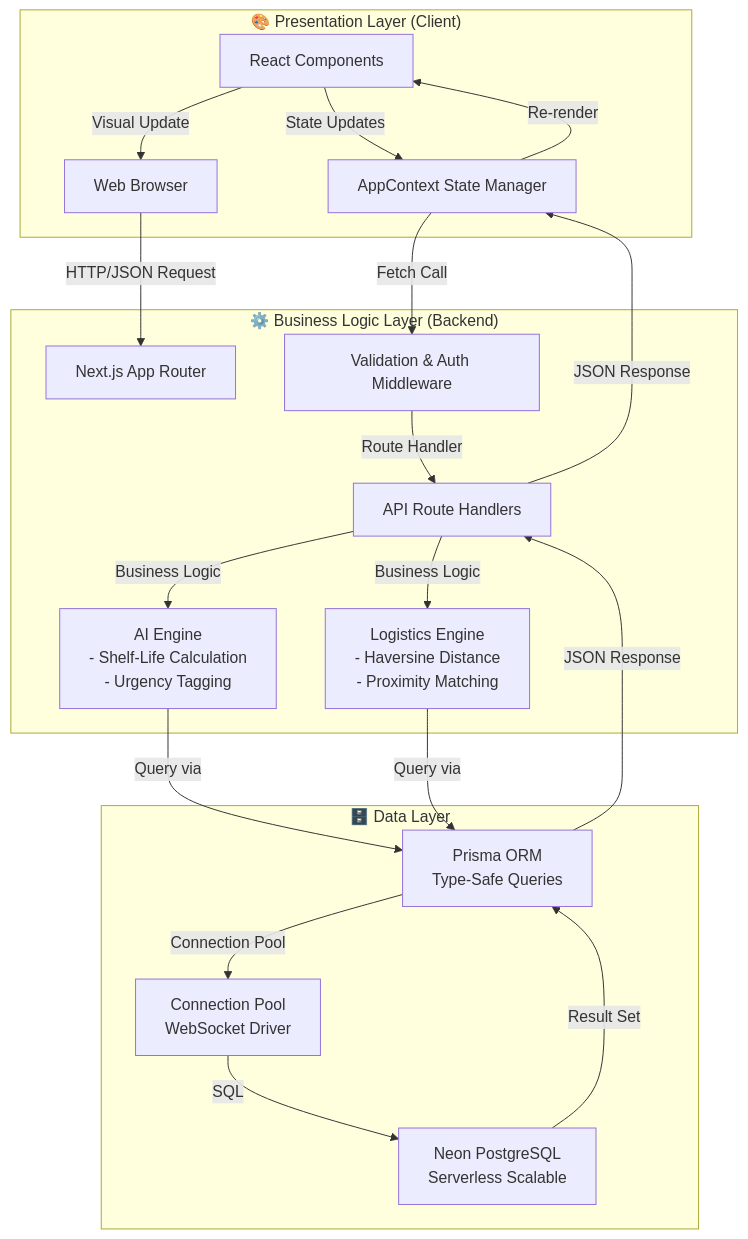
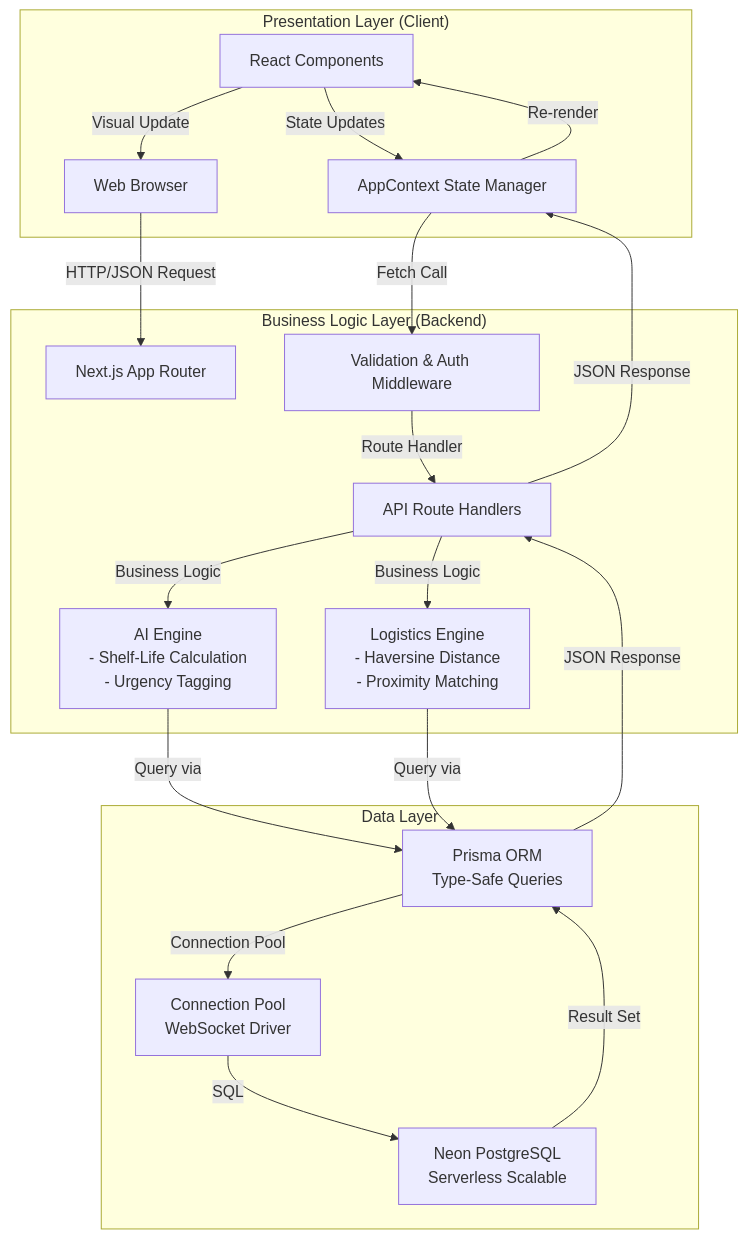
One commit to GOURAVSINGH2002/feedlink changed the first of 2 diagrams in README.md. Above: the diagram before and after it, drawn with Mermaid. The commit also changed other lines of this file, not shown here.

````diff
--- a/README.md
+++ b/README.md
@@ -17,38 +17,38 @@
 ```mermaid
 graph TB
-    subgraph Presentation["🎨 Presentation Layer (Client)"]
+    subgraph Presentation[" Presentation Layer (Client)"]
         Web["Web Browser"]
         App["React Components"]
         State["AppContext State Manager"]
     end
 
-    subgraph Business["⚙️ Business Logic Layer (Backend)"]
+    subgraph Business[" Business Logic Layer (Backend)"]
         Router["Next.js App Router"]
         API["API Route Handlers"]
         Middleware["Validation & Auth Middleware"]
         AI["AI Engine<br/>- Shelf-Life Calculation<br/>- Urgency Tagging"]
         Logistics["Logistics Engine<br/>- Haversine Distance<br/>- Proximity Matching"]
     end
 
-    subgraph Data["🗄️ Data Layer"]
+    subgraph Data[" Data Layer"]
         Prisma["Prisma ORM<br/>Type-Safe Queries"]
         Pool["Connection Pool<br/>WebSocket Driver"]
         DB["Neon PostgreSQL<br/>Serverless Scalable"]
     end
 
     Web -->|HTTP/JSON Request| Router
     App -->|State Updates| State
     State -->|Fetch Call| Middleware
     Middleware -->|Route Handler| API
     API -->|Business Logic| AI
     API -->|Business Logic| Logistics
     AI -->|Query via| Prisma
     Logistics -->|Query via| Prisma
     Prisma -->|Connection Pool| Pool
     Pool -->|SQL| DB
     DB -->|Result Set| Prisma
     Prisma -->|JSON Response| API
     API -->|JSON Response| State
     State -->|Re-render| App
     App -->|Visual Update| Web
 ```
````
